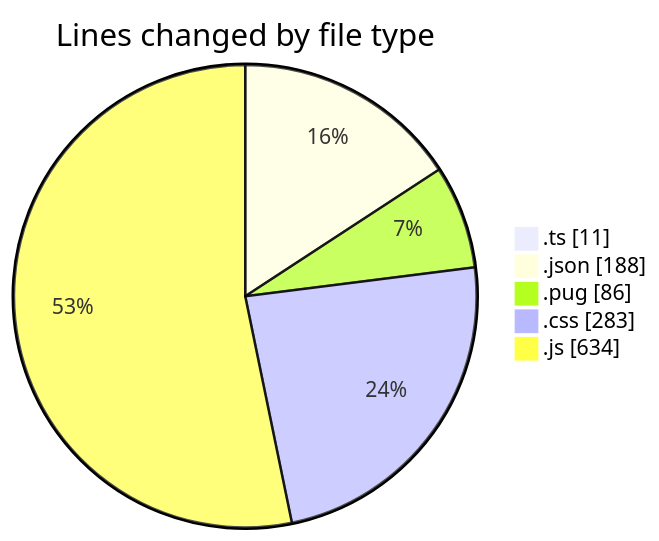
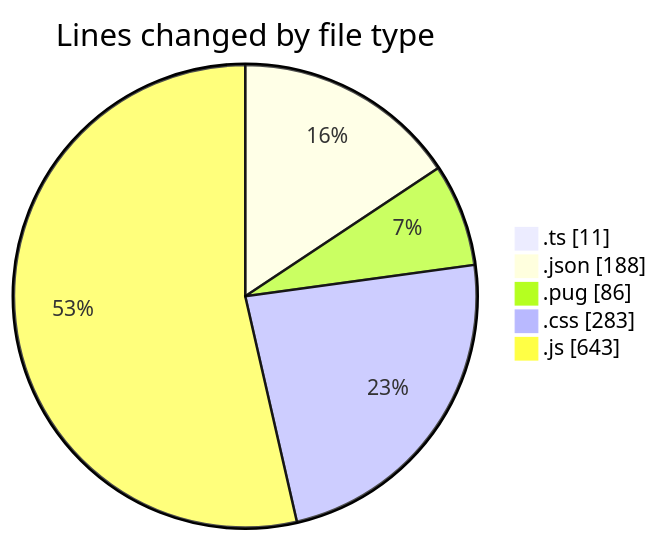
The first of 2 diagrams in 2025-02-24/cda/README.md (momahboobian/code-tracking), drawn with Mermaid before and after one commit. The commit also changed other lines of this file and 1 other file, not shown here.

````diff
--- a/2025-02-24/cda/README.md
+++ b/2025-02-24/cda/README.md
@@ -32,9 +32,9 @@
 ```mermaid
 pie showData
 title Lines changed by file type
 ".ts" : 11
 ".json" : 188
 ".pug" : 86
 ".css" : 283
-".js" : 634
+".js" : 643
 ```
````
